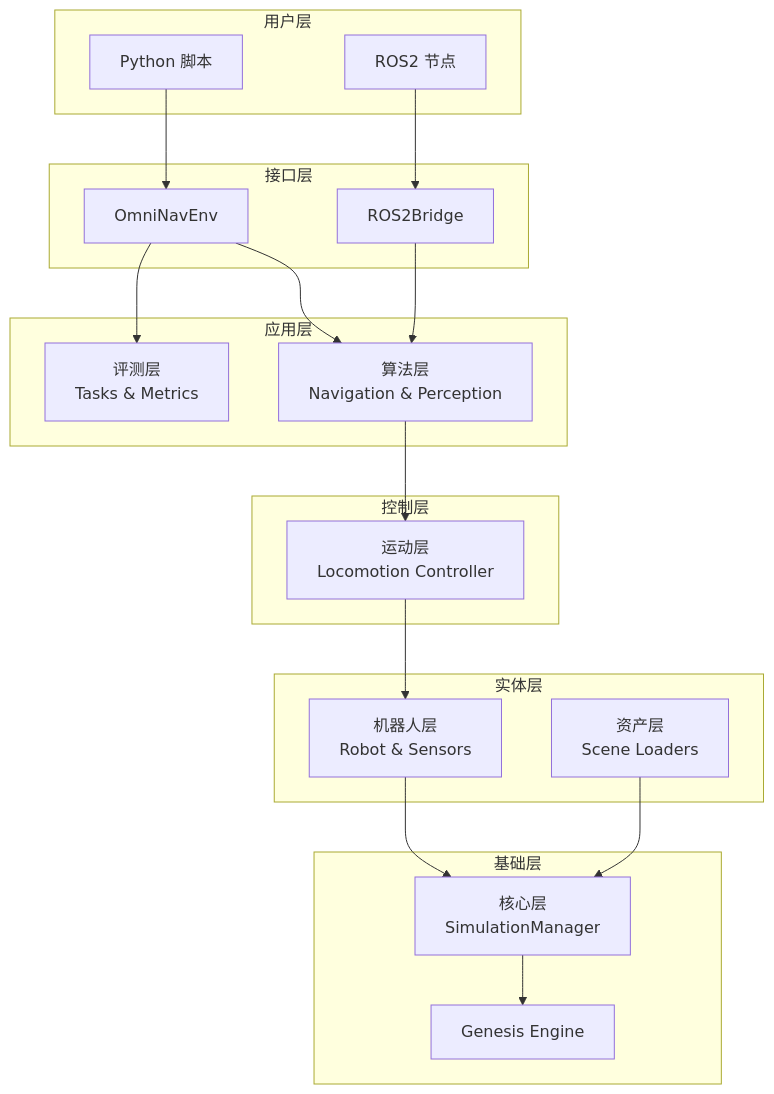
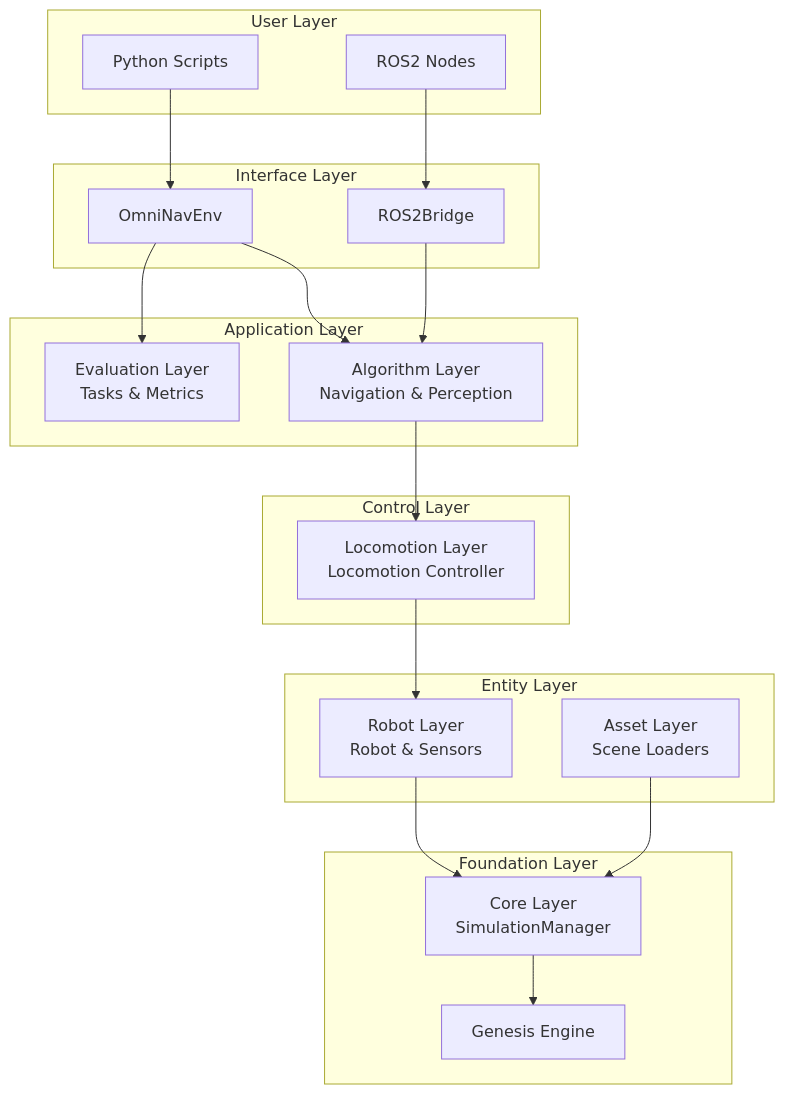
The first of 2 diagrams in docs/user_guide/architecture.md (Royalvice/OmniNav), drawn with Mermaid before and after one commit. The commit also changed other lines of this file and 16 other files, not shown here.

````diff
--- a/docs/user_guide/architecture.md
+++ b/docs/user_guide/architecture.md
@@ -7,42 +7,42 @@
 ```mermaid
 graph TB
-    subgraph "用户层"
-        U1[Python 脚本]
-        U2[ROS2 节点]
+    subgraph "User Layer"
+        U1[Python Scripts]
+        U2[ROS2 Nodes]
     end
 
-    subgraph "接口层"
+    subgraph "Interface Layer"
         I1[OmniNavEnv]
         I2[ROS2Bridge]
     end
 
-    subgraph "应用层"
-        E[评测层<br/>Tasks & Metrics]
-        A[算法层<br/>Navigation & Perception]
+    subgraph "Application Layer"
+        E[Evaluation Layer<br/>Tasks & Metrics]
+        A[Algorithm Layer<br/>Navigation & Perception]
     end
 
-    subgraph "控制层"
-        L[运动层<br/>Locomotion Controller]
+    subgraph "Control Layer"
+        L[Locomotion Layer<br/>Locomotion Controller]
     end
 
-    subgraph "实体层"
-        R[机器人层<br/>Robot & Sensors]
-        S[资产层<br/>Scene Loaders]
+    subgraph "Entity Layer"
+        R[Robot Layer<br/>Robot & Sensors]
+        S[Asset Layer<br/>Scene Loaders]
     end
 
-    subgraph "基础层"
-        C[核心层<br/>SimulationManager]
+    subgraph "Foundation Layer"
+        C[Core Layer<br/>SimulationManager]
         G[Genesis Engine]
     end
 
     U1 --> I1
     U2 --> I2
     I1 --> E
     I1 --> A
     I2 --> A
     A --> L
     L --> R
     R --> C
     S --> C
     C --> G
 ```
````
